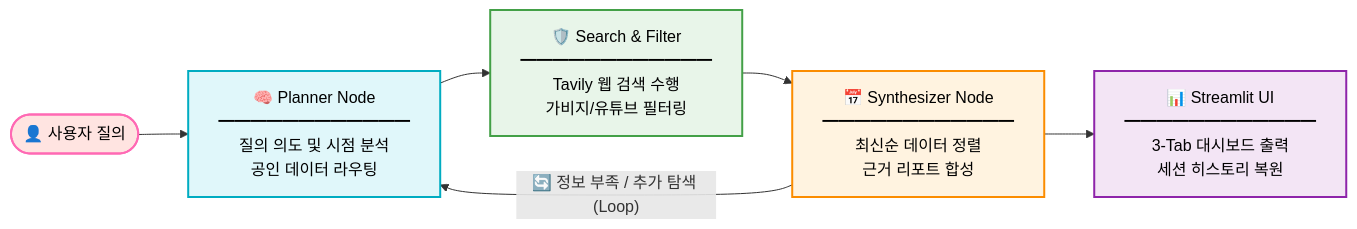
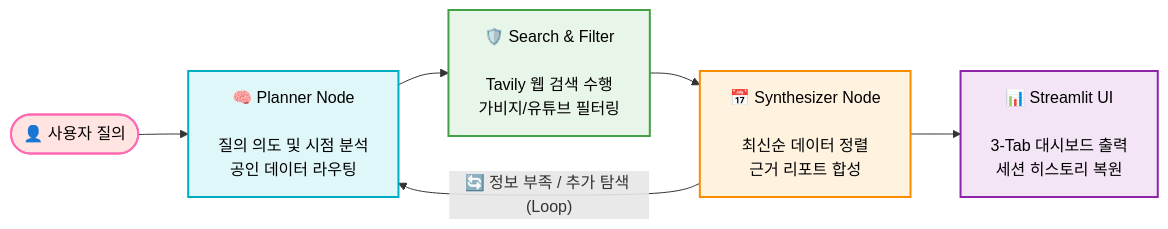
The diagram in README.md (sbg990530/Document-Agent), drawn with Mermaid before and after one commit.

````diff
--- a/README.md
+++ b/README.md
@@ -19,39 +19,39 @@
 ```mermaid
 graph LR
     classDef userStyle fill:#FFE4E1,stroke:#FF69B4,stroke-width:2px,color:#000;
     classDef plannerStyle fill:#E0F7FA,stroke:#00ACC1,stroke-width:2px,color:#000;
     classDef filterStyle fill:#E8F5E9,stroke:#43A047,stroke-width:2px,color:#000;
     classDef synthStyle fill:#FFF3E0,stroke:#FB8C00,stroke-width:2px,color:#000;
     classDef uiStyle fill:#F3E5F5,stroke:#8E24AA,stroke-width:2px,color:#000;
 
     A([👤 사용자 질의]):::userStyle 
     
     B["🧠 Planner Node
-    ━━━━━━━━━━━━
+    
     질의 의도 및 시점 분석
     공인 데이터 라우팅"]:::plannerStyle
     
     C["🛡️ Search & Filter
-    ━━━━━━━━━━━━
+    
     Tavily 웹 검색 수행
     가비지/유튜브 필터링"]:::filterStyle
     
     D["📅 Synthesizer Node
-    ━━━━━━━━━━━━
+    
     최신순 데이터 정렬
     근거 리포트 합성"]:::synthStyle
     
     E["📊 Streamlit UI
-    ━━━━━━━━━━━━
+    
     3-Tab 대시보드 출력
     세션 히스토리 복원"]:::uiStyle
 
     %% 정방향 파이프라인 흐름
     A --> B
     B --> C
     C --> D
     D --> E
     
     %% LangGraph 피드백 루프
     D -- "🔄 정보 부족 / 추가 탐색 (Loop)" --> B
 ```
````
